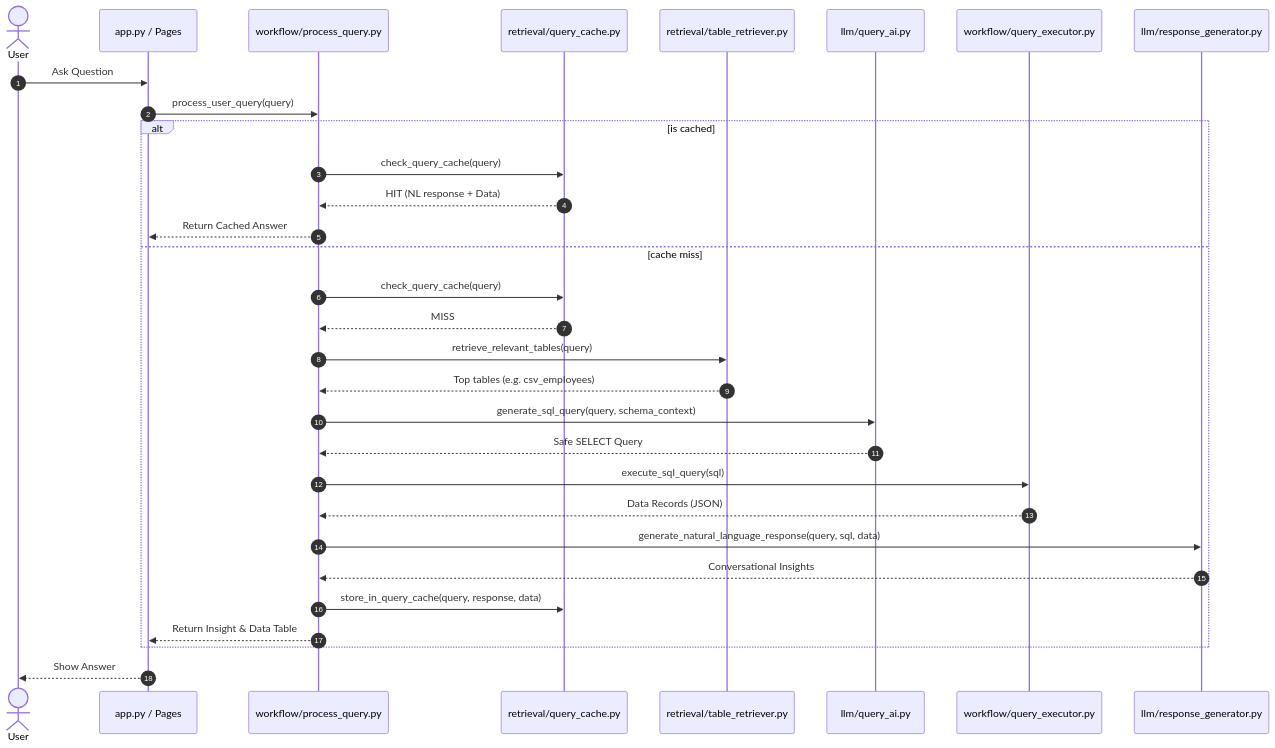
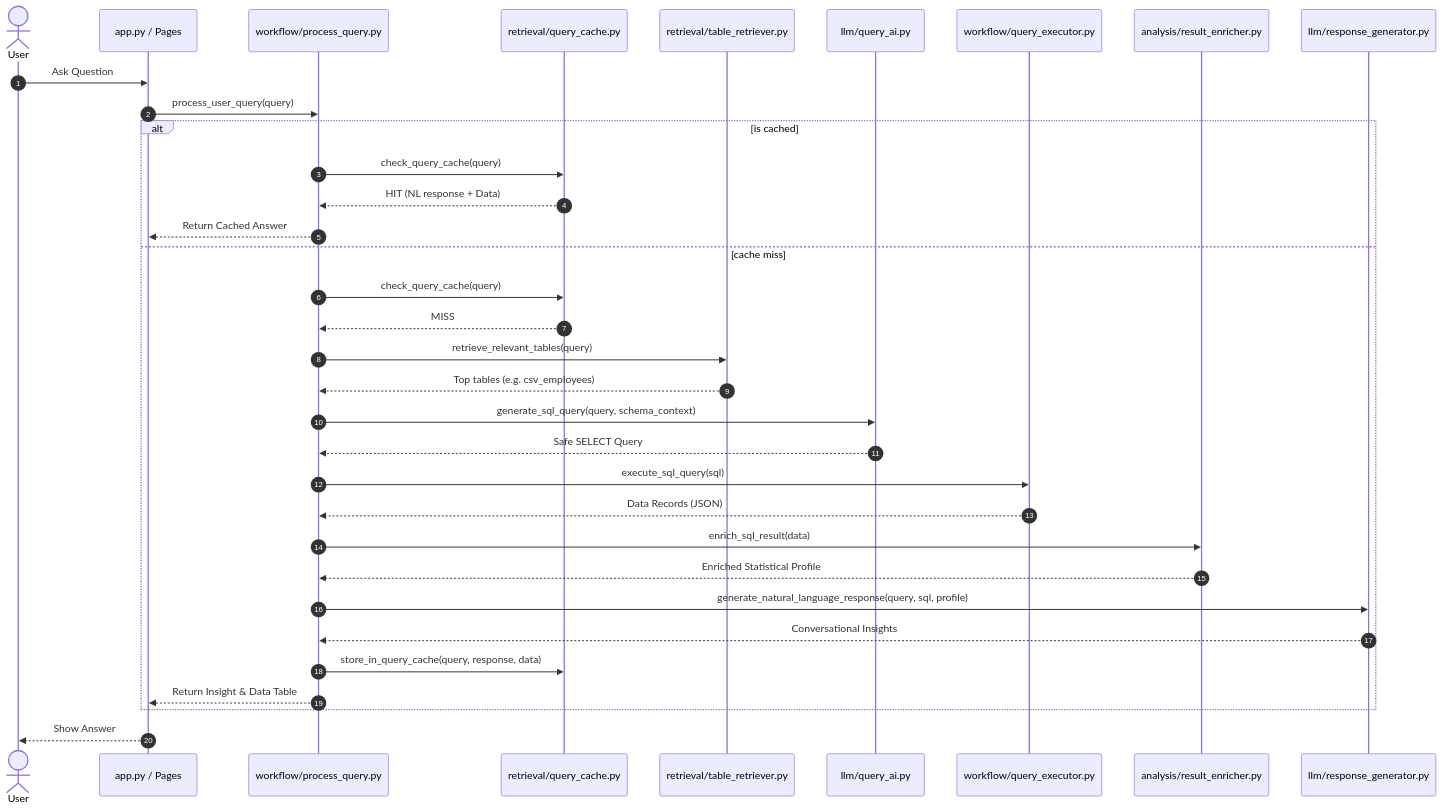
One commit to nakul-cloud/ai-sql-assistant changed the diagram in workflow/README.md. Above: the diagram before and after it, drawn with Mermaid. The commit also changed other lines of this file and 3 other files, not shown here.

````diff
--- a/workflow/README.md
+++ b/workflow/README.md
@@ -9,40 +9,44 @@
 ```mermaid
 sequenceDiagram
     autonumber
     actor User
     participant Streamlit as app.py / Pages
     participant Orchestrator as workflow/process_query.py
     participant Cache as retrieval/query_cache.py
     participant Retriever as retrieval/table_retriever.py
     participant LLM as llm/query_ai.py
     participant Executor as workflow/query_executor.py
+    participant Enricher as analysis/result_enricher.py
     participant NLGen as llm/response_generator.py
 
     User->>Streamlit: Ask Question
     Streamlit->>Orchestrator: process_user_query(query)
     
     alt is cached
         Orchestrator->>Cache: check_query_cache(query)
         Cache-->>Orchestrator: HIT (NL response + Data)
         Orchestrator-->>Streamlit: Return Cached Answer
     else cache miss
         Orchestrator->>Cache: check_query_cache(query)
         Cache-->>Orchestrator: MISS
         
         Orchestrator->>Retriever: retrieve_relevant_tables(query)
         Retriever-->>Orchestrator: Top tables (e.g. csv_employees)
         
         Orchestrator->>LLM: generate_sql_query(query, schema_context)
         LLM-->>Orchestrator: Safe SELECT Query
         
         Orchestrator->>Executor: execute_sql_query(sql)
         Executor-->>Orchestrator: Data Records (JSON)
         
-        Orchestrator->>NLGen: generate_natural_language_response(query, sql, data)
+        Orchestrator->>Enricher: enrich_sql_result(data)
+        Enricher-->>Orchestrator: Enriched Statistical Profile
+        
+        Orchestrator->>NLGen: generate_natural_language_response(query, sql, profile)
         NLGen-->>Orchestrator: Conversational Insights
         
         Orchestrator->>Cache: store_in_query_cache(query, response, data)
         Orchestrator-->>Streamlit: Return Insight & Data Table
     end
     Streamlit-->>User: Show Answer
 ```
````
